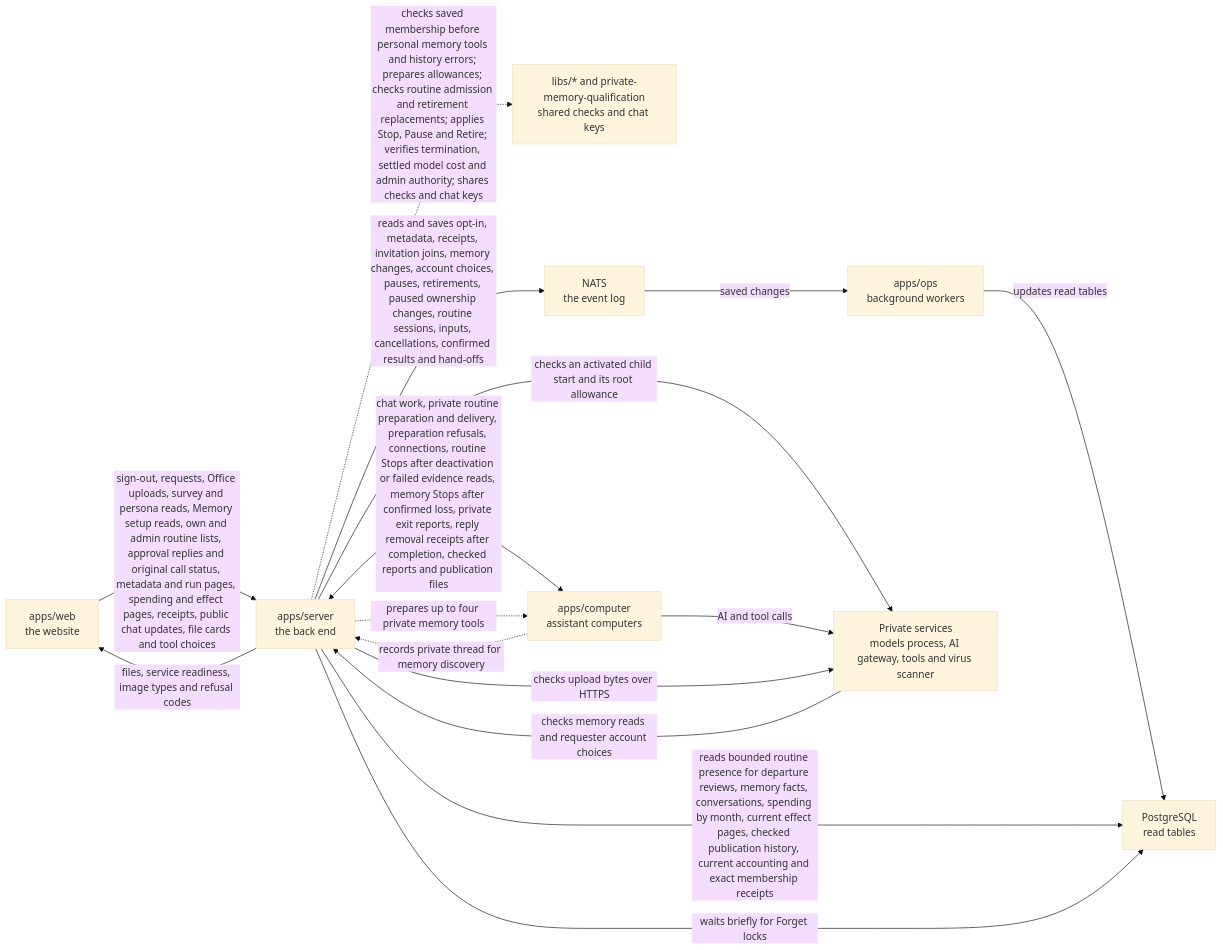
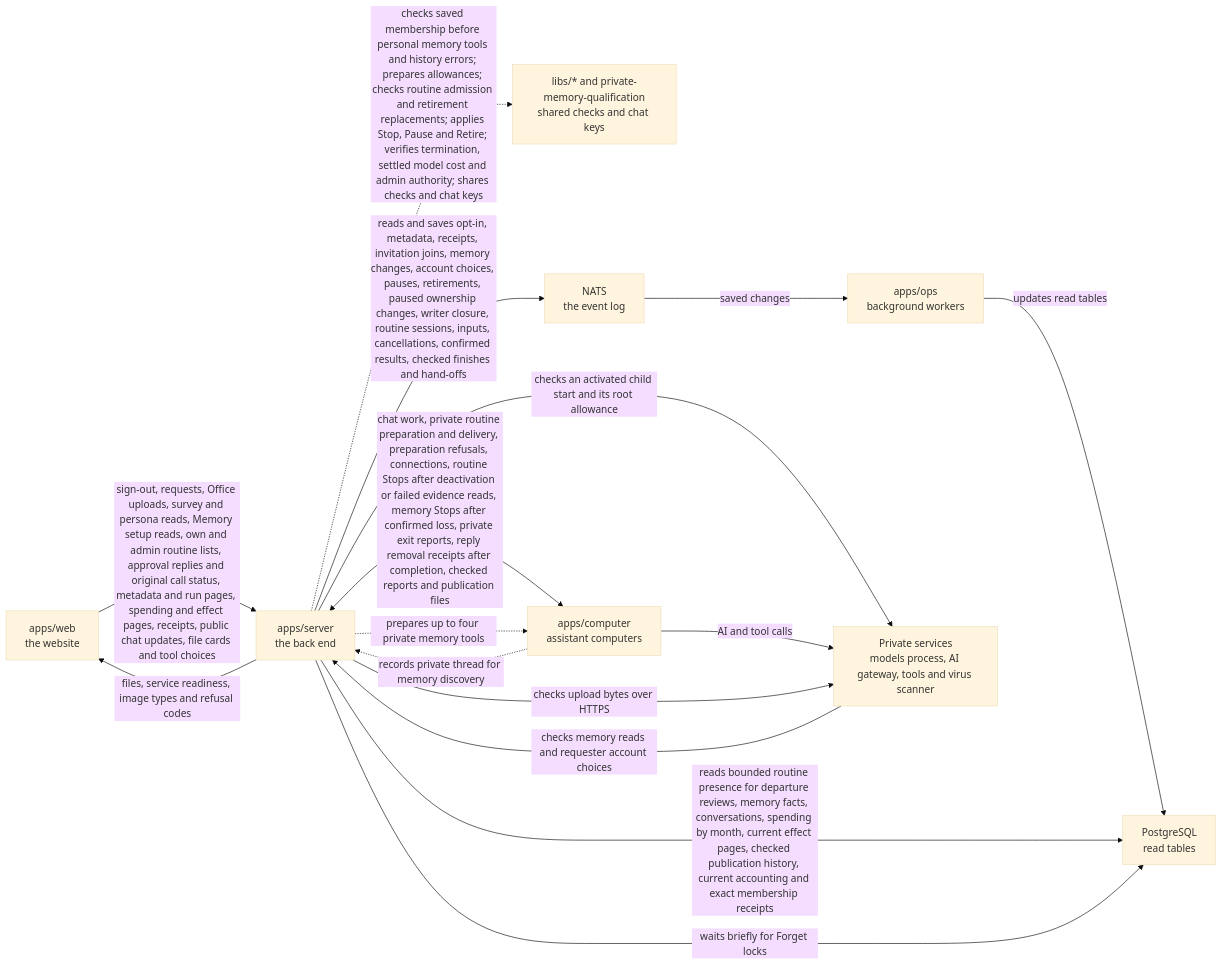
One commit to elewa-git/opencrane-new changed the diagram in apps/server/README.md. Above: the diagram before and after it, drawn with Mermaid (base theme). The commit also changed other lines of this file and 15 other files, not shown here.

````diff
--- a/apps/server/README.md
+++ b/apps/server/README.md
@@ -209,18 +212,18 @@
 ```mermaid
 flowchart LR
   web["apps/web<br/>the website"] -->|sign-out, requests, Office uploads, survey and persona reads, Memory setup reads, own and admin routine lists, approval replies and original call status, metadata and run pages, spending and effect pages, receipts, public chat updates, file cards and tool choices| server["apps/server<br/>the back end"]
   server -.->|checks saved membership before personal memory tools and history errors; prepares allowances; checks routine admission and retirement replacements; applies Stop, Pause and Retire; verifies termination, settled model cost and admin authority; shares checks and chat keys| libs["libs/* and private-memory-qualification<br/>shared checks and chat keys"]
-  server -->|reads and saves opt-in, metadata, receipts, invitation joins, memory changes, account choices, pauses, retirements, paused ownership changes, routine sessions, inputs, cancellations, confirmed results and hand-offs| nats["NATS<br/>the event log"]
+  server -->|reads and saves opt-in, metadata, receipts, invitation joins, memory changes, account choices, pauses, retirements, paused ownership changes, writer closure, routine sessions, inputs, cancellations, confirmed results, checked finishes and hand-offs| nats["NATS<br/>the event log"]
   nats -->|saved changes| ops["apps/ops<br/>background workers"]
   ops -->|updates read tables| postgres["PostgreSQL<br/>read tables"]
   server -->|reads bounded routine presence for departure reviews, memory facts, conversations, spending by month, current effect pages, checked publication history, current accounting and exact membership receipts| postgres
   server -->|waits briefly for Forget locks| postgres
   server <-->|chat work, private routine preparation and delivery, preparation refusals, connections, routine Stops after deactivation or failed evidence reads, memory Stops after confirmed loss, private exit reports, reply removal receipts after completion, checked reports and publication files| computer["apps/computer<br/>assistant computers"]
   server -->|checks an activated child start and its root allowance| runtime
   computer -.->|records private thread for memory discovery| server
   server -.->|prepares up to four private memory tools| computer
   computer -->|AI and tool calls| runtime["Private services<br/>models process, AI gateway, tools and virus scanner"]
   server -->|files, service readiness, image types and refusal codes| web
   server -->|checks upload bytes over HTTPS| runtime
   runtime -->|checks memory reads and requester account choices| server
 ```
````
